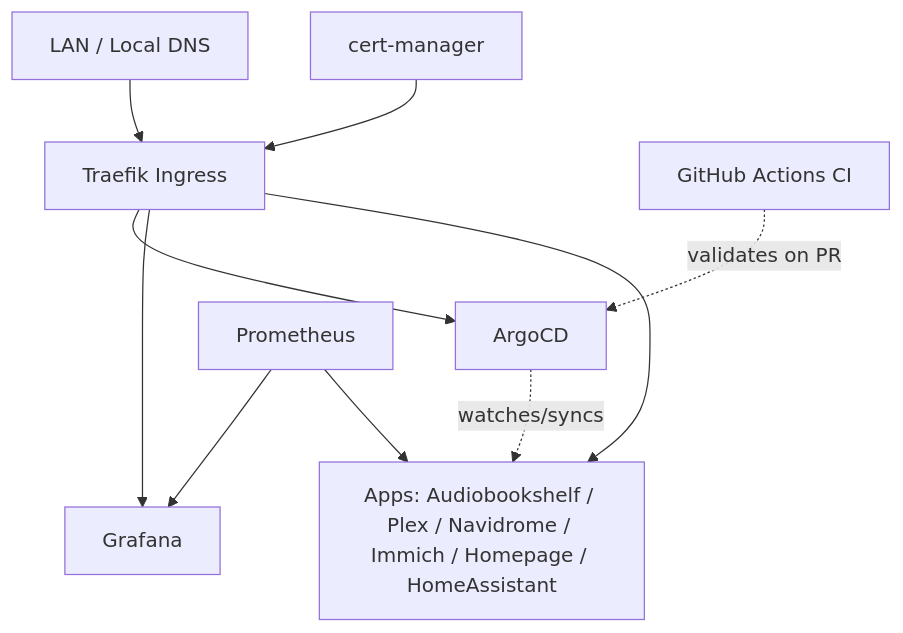
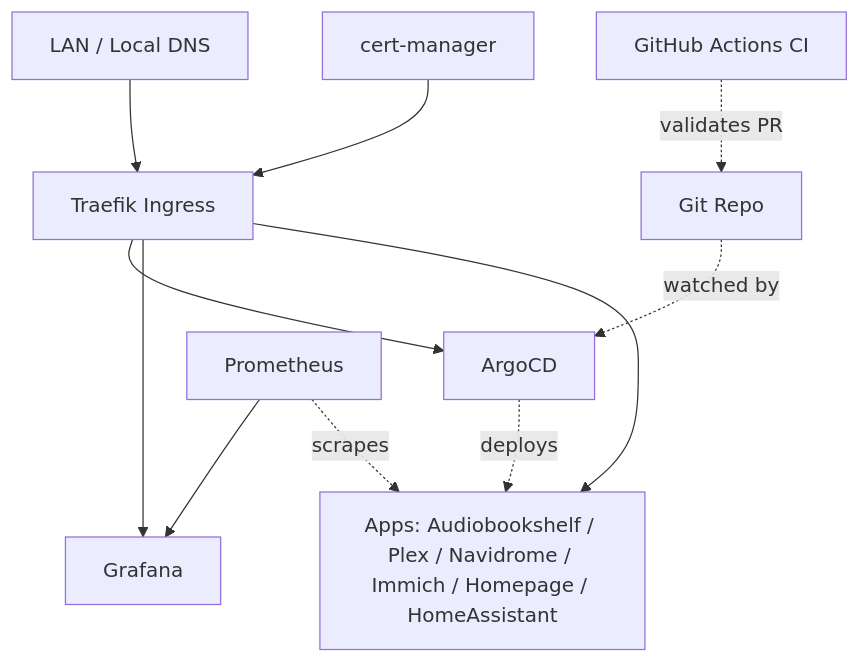
One commit to Duck8Bill/lab changed the diagram in README.md. Above: the diagram before and after it, drawn with Mermaid.

Commit message:
docs: update main README with CI pipeline, update HA README

````diff
--- a/README.md
+++ b/README.md
@@ -12,12 +12,13 @@
 ```mermaid
 graph TD
     LAN[LAN / Local DNS] --> Traefik[Traefik Ingress]
     CertManager[cert-manager] --> Traefik
     Traefik --> ArgoCD
     Traefik --> Grafana
     Traefik --> Apps[Apps: Audiobookshelf / Plex / Navidrome / Immich / Homepage / HomeAssistant]
     Prometheus --> Grafana
-    Prometheus --> Apps
-    ArgoCD -.watches/syncs.-> Apps
-    GitHub[GitHub Actions CI] -.validates on PR.-> ArgoCD
+    Prometheus -.scrapes.-> Apps
+    GitHub[GitHub Actions CI] -.validates PR.-> Repo[Git Repo]
+    Repo -.watched by.-> ArgoCD
+    ArgoCD -.deploys.-> Apps
 ```
````
